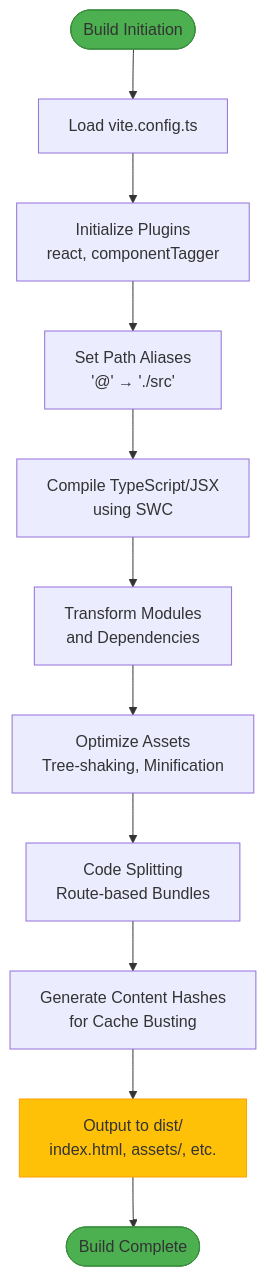
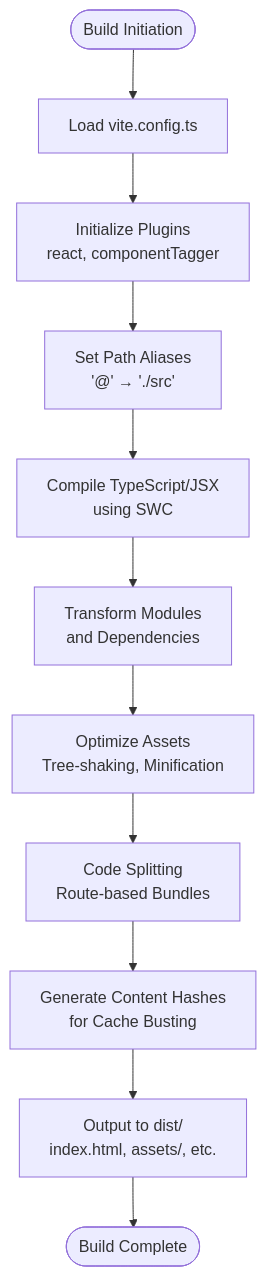
One commit to mohjak/sc-dof changed the diagram in .qoder/repowiki/en/content/Deployment Guide.md. Above: the diagram before and after it, drawn with Mermaid. The commit also changed other lines of this file and 68 other files, not shown here.

First line of the commit message:
docs(docs): update component architecture docs with markdown formatting fixes

````diff
--- a/.qoder/repowiki/en/content/Deployment Guide.md
+++ b/.qoder/repowiki/en/content/Deployment Guide.md
@@ -46,16 +44,13 @@
 ```mermaid
 flowchart TD
 Start([Build Initiation]) --> Config["Load vite.config.ts"]
 Config --> Plugins["Initialize Plugins<br/>react, componentTagger"]
 Plugins --> Resolve["Set Path Aliases<br/>'@' → './src'"]
 Resolve --> Compile["Compile TypeScript/JSX<br/>using SWC"]
 Compile --> Transform["Transform Modules<br/>and Dependencies"]
 Transform --> Optimize["Optimize Assets<br/>Tree-shaking, Minification"]
 Optimize --> Split["Code Splitting<br/>Route-based Bundles"]
 Split --> Hash["Generate Content Hashes<br/>for Cache Busting"]
 Hash --> Output["Output to dist/<br/>index.html, assets/, etc."]
 Output --> End([Build Complete])
-style Start fill:#4CAF50,stroke:#388E3C
-style End fill:#4CAF50,stroke:#388E3C
-style Output fill:#FFC107,stroke:#FFA000
 ```
````
